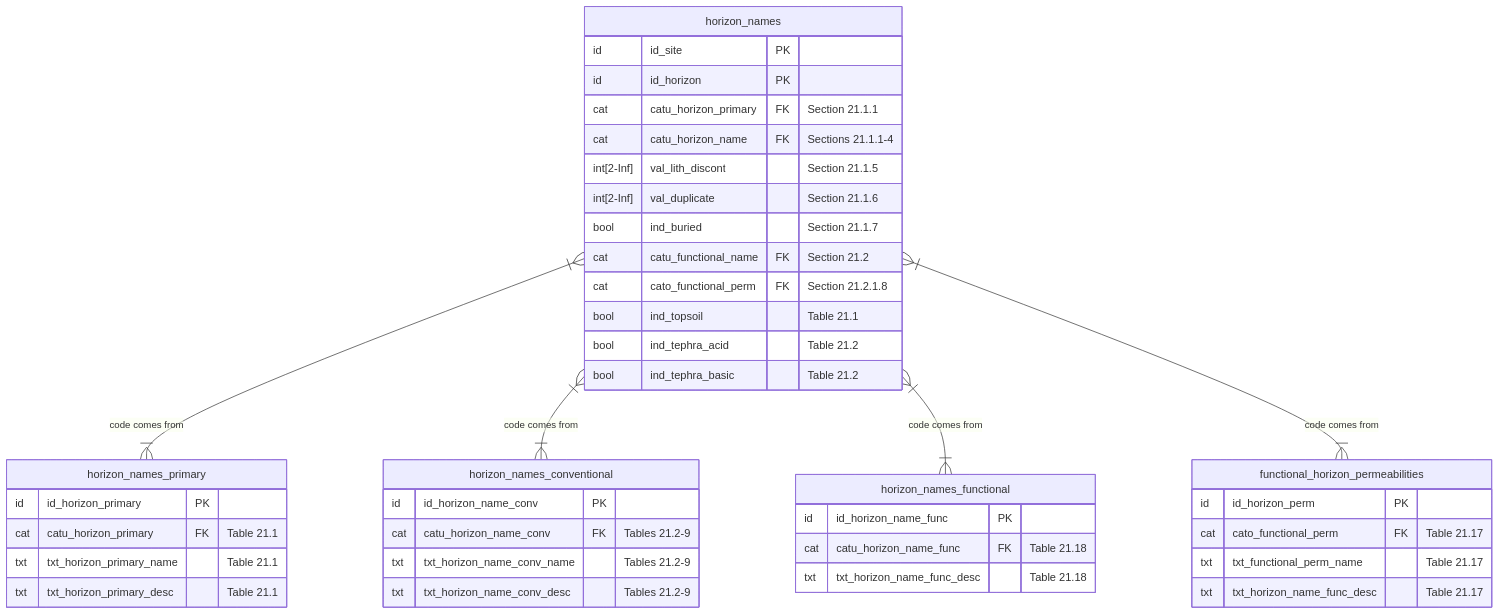
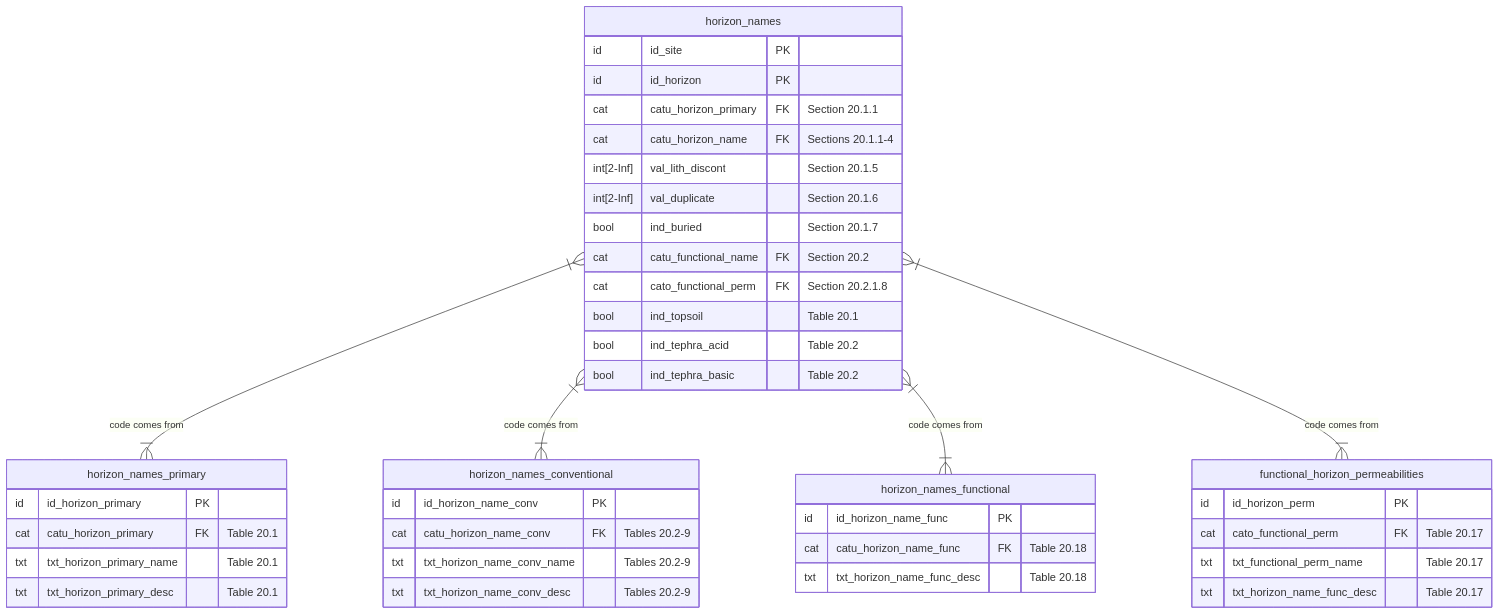
One commit to manaakiwhenua/NZ_soildesc_2024 changed diagram 25 of 25 in ap_03_database_design.qmd. Above: the diagram before and after it, drawn with Mermaid. The commit also changed other lines of this file and 5 other files, not shown here.

````diff
--- a/ap_03_database_design.qmd
+++ b/ap_03_database_design.qmd
@@ -1803,56 +1803,56 @@
 ```{mermaid}
 %%| fig-cap: "Horizon names - Details"
 
 %%{ init: { 'er': { 'layoutDirection': 'LR' } } }%%
 erDiagram
   horizon_names }|--|{ horizon_names_primary : "code comes from"
   horizon_names }|--|{ horizon_names_conventional : "code comes from"
   horizon_names }|--|{ horizon_names_functional : "code comes from"
   horizon_names }|--|{ functional_horizon_permeabilities : "code comes from"
   
   horizon_names {
     id          id_site PK
     id          id_horizon PK
     %% for very rapid assessment %%
-    cat         catu_horizon_primary FK   "Section 21.1.1"
+    cat         catu_horizon_primary FK   "Section 20.1.1"
     %% for full naming protocol %%
-    cat         catu_horizon_name FK      "Sections 21.1.1-4"
-    int[2-Inf]  val_lith_discont          "Section 21.1.5"
-    int[2-Inf]  val_duplicate             "Section 21.1.6"
-    bool        ind_buried                "Section 21.1.7"
+    cat         catu_horizon_name FK      "Sections 20.1.1-4"
+    int[2-Inf]  val_lith_discont          "Section 20.1.5"
+    int[2-Inf]  val_duplicate             "Section 20.1.6"
+    bool        ind_buried                "Section 20.1.7"
     %% FH
-    cat         catu_functional_name FK   "Section 21.2"
-    cat         cato_functional_perm FK   "Section 21.2.1.8"
-    bool        ind_topsoil               "Table 21.1"
-    bool        ind_tephra_acid           "Table 21.2"
-    bool        ind_tephra_basic          "Table 21.2"
+    cat         catu_functional_name FK   "Section 20.2"
+    cat         cato_functional_perm FK   "Section 20.2.1.8"
+    bool        ind_topsoil               "Table 20.1"
+    bool        ind_tephra_acid           "Table 20.2"
+    bool        ind_tephra_basic          "Table 20.2"
   }
 
   horizon_names_primary {
     id          id_horizon_primary PK     
-    cat         catu_horizon_primary FK        "Table 21.1"
-    txt         txt_horizon_primary_name       "Table 21.1"
-    txt         txt_horizon_primary_desc       "Table 21.1"
+    cat         catu_horizon_primary FK        "Table 20.1"
+    txt         txt_horizon_primary_name       "Table 20.1"
+    txt         txt_horizon_primary_desc       "Table 20.1"
   }
 
   horizon_names_conventional {
     id          id_horizon_name_conv PK    
-    cat         catu_horizon_name_conv FK        "Tables 21.2-9"
-    txt         txt_horizon_name_conv_name       "Tables 21.2-9"
-    txt         txt_horizon_name_conv_desc       "Tables 21.2-9"
+    cat         catu_horizon_name_conv FK        "Tables 20.2-9"
+    txt         txt_horizon_name_conv_name       "Tables 20.2-9"
+    txt         txt_horizon_name_conv_desc       "Tables 20.2-9"
   }
 
   horizon_names_functional {
     id          id_horizon_name_func PK   
-    cat         catu_horizon_name_func FK        "Table 21.18"
-    txt         txt_horizon_name_func_desc       "Table 21.18"
+    cat         catu_horizon_name_func FK        "Table 20.18"
+    txt         txt_horizon_name_func_desc       "Table 20.18"
   }
 
   functional_horizon_permeabilities {
     id          id_horizon_perm PK  
-    cat         cato_functional_perm FK        "Table 21.17"
-    txt         txt_functional_perm_name       "Table 21.17"
-    txt         txt_horizon_name_func_desc     "Table 21.17"
+    cat         cato_functional_perm FK        "Table 20.17"
+    txt         txt_functional_perm_name       "Table 20.17"
+    txt         txt_horizon_name_func_desc     "Table 20.17"
   }
 
 ```
````
